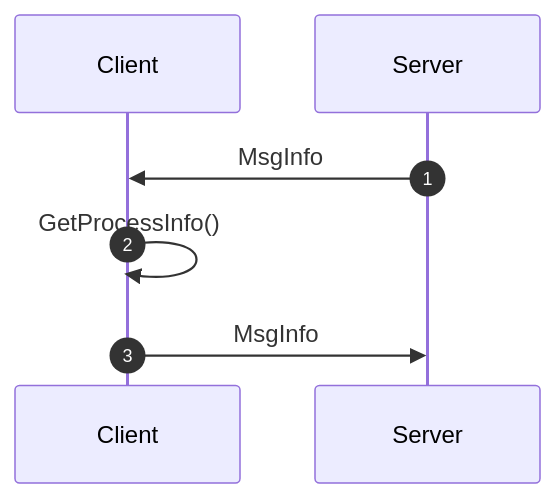
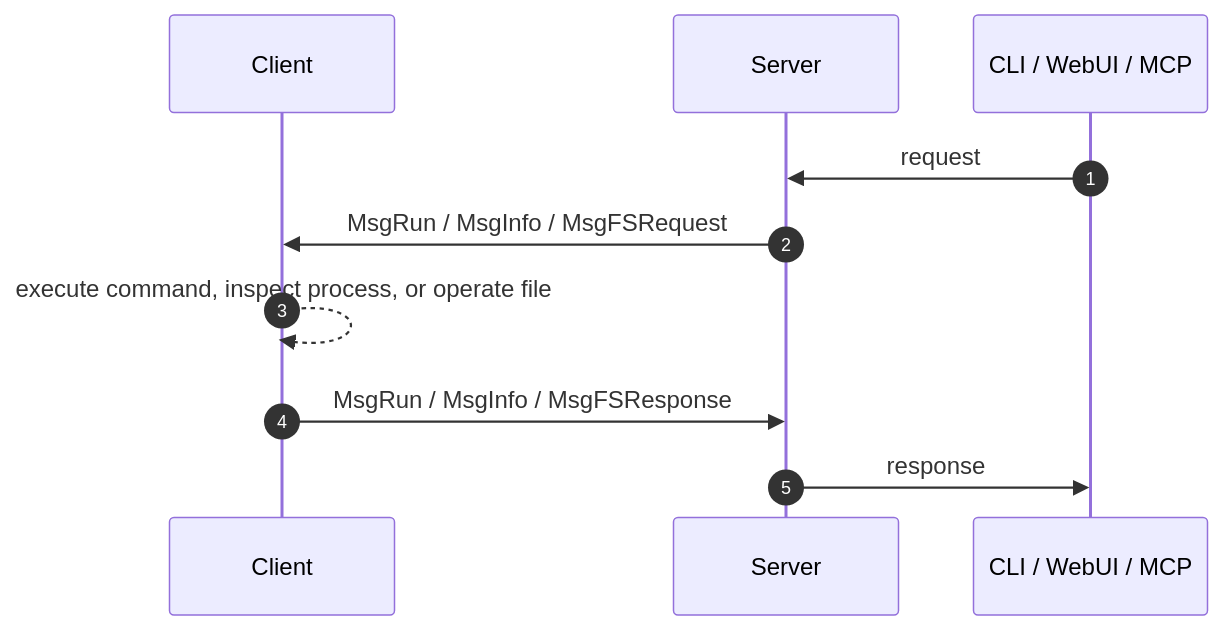
The third of 6 diagrams in content/docs/(siren)/protocol.mdx (SignorMercurio/siren_docs), drawn with Mermaid before and after one commit. The commit also changed other lines of this file and 41 other files, not shown here.

````diff
--- a/content/docs/(siren)/protocol.mdx
+++ b/content/docs/(siren)/protocol.mdx
@@ -111,9 +129,12 @@
 ```mermaid
 sequenceDiagram
     autonumber
     participant C as Client
     participant S as Server
-    S->>C: MsgInfo
-    C->>C: GetProcessInfo()
-    C->>S: MsgInfo
+    participant U as CLI / WebUI / MCP
+    U->>S: request
+    S->>C: MsgRun / MsgInfo / MsgFSRequest
+    C-->>C: execute command, inspect process, or operate file
+    C->>S: MsgRun / MsgInfo / MsgFSResponse
+    S->>U: response
 ```
````
